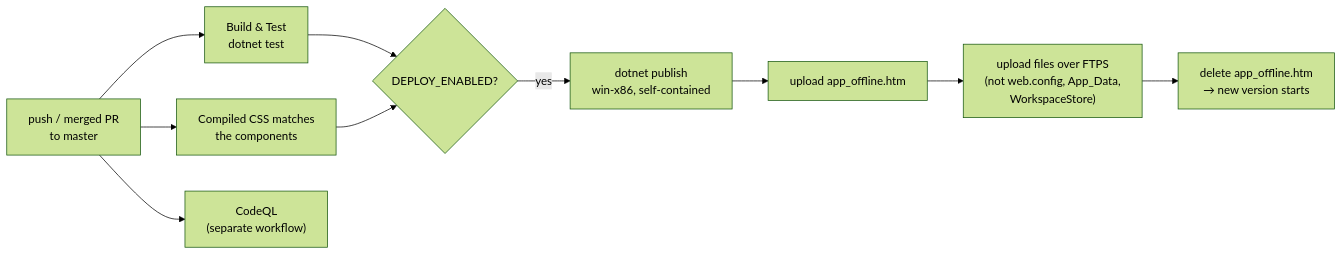
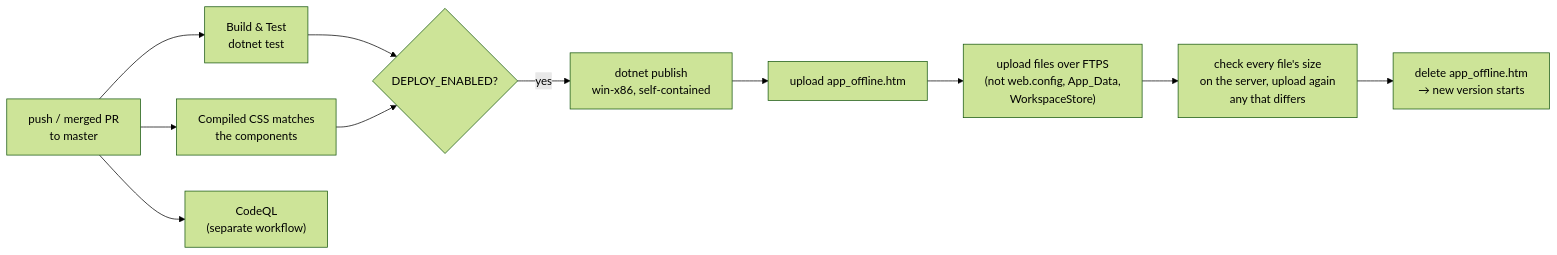
Before and after one commit to lauPhilip/au-btech-literature-review-agent: the diagram in docs/wiki/06-web-app-and-operations.md, drawn with Mermaid (forest theme). The commit also changed other lines of this file and 2 other files, not shown here.

First line of the commit message:
(fix): check every file on the server before a deploy starts the new version

````diff
--- a/docs/wiki/06-web-app-and-operations.md
+++ b/docs/wiki/06-web-app-and-operations.md
@@ -163,11 +163,12 @@
 ```mermaid
 flowchart LR
     PUSH["push / merged PR<br/>to master"] --> BT["Build & Test<br/>dotnet test"]
     PUSH --> CSS["Compiled CSS matches<br/>the components"]
     PUSH --> CQ["CodeQL<br/>(separate workflow)"]
     BT & CSS --> DEP{"DEPLOY_ENABLED?"}
     DEP -- yes --> PUB["dotnet publish<br/>win-x86, self-contained"]
     PUB --> OFF["upload app_offline.htm"]
     OFF --> UP["upload files over FTPS<br/>(not web.config, App_Data,<br/>WorkspaceStore)"]
-    UP --> ON["delete app_offline.htm<br/>→ new version starts"]
+    UP --> CHK["check every file's size<br/>on the server, upload again<br/>any that differs"]
+    CHK --> ON["delete app_offline.htm<br/>→ new version starts"]
 ```
````
